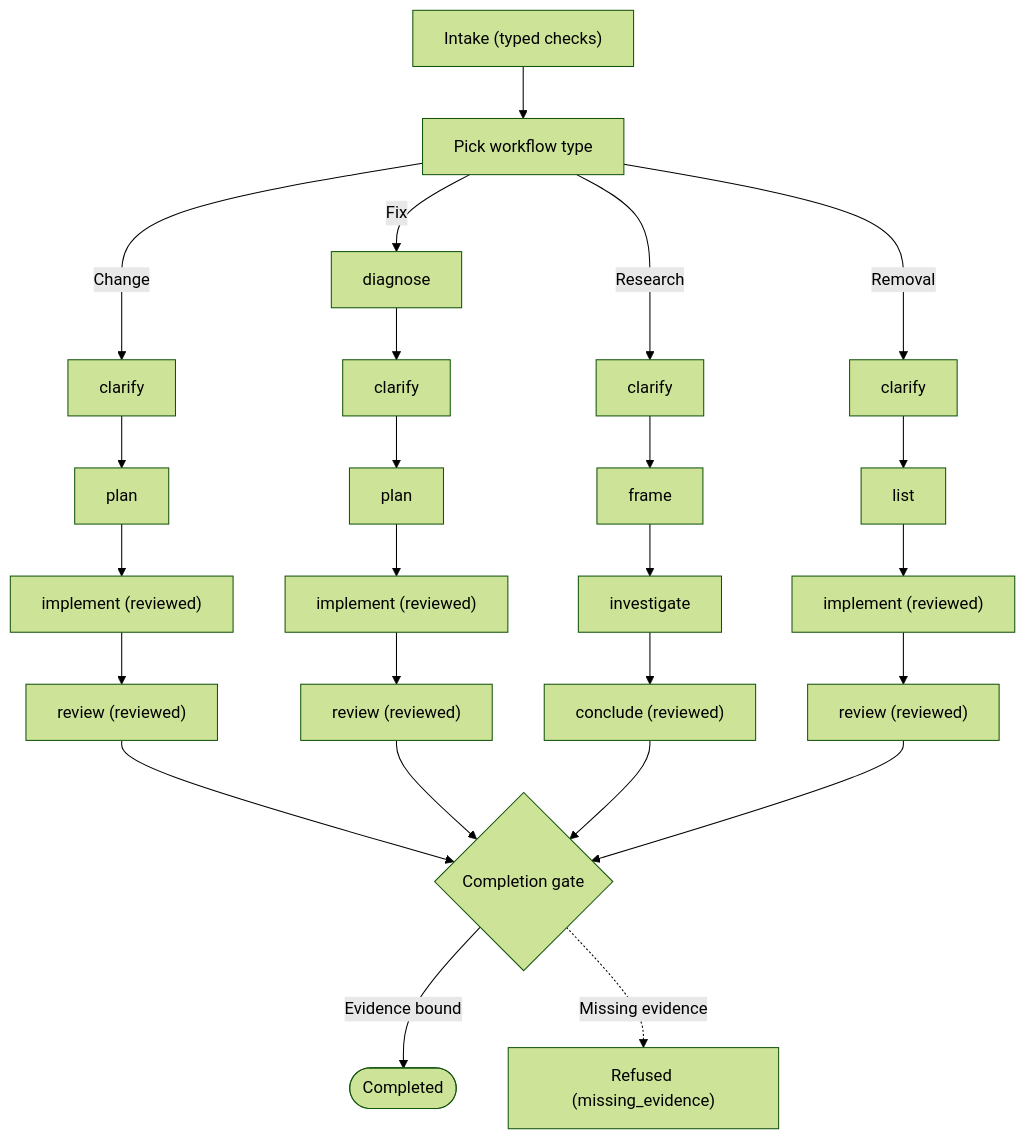
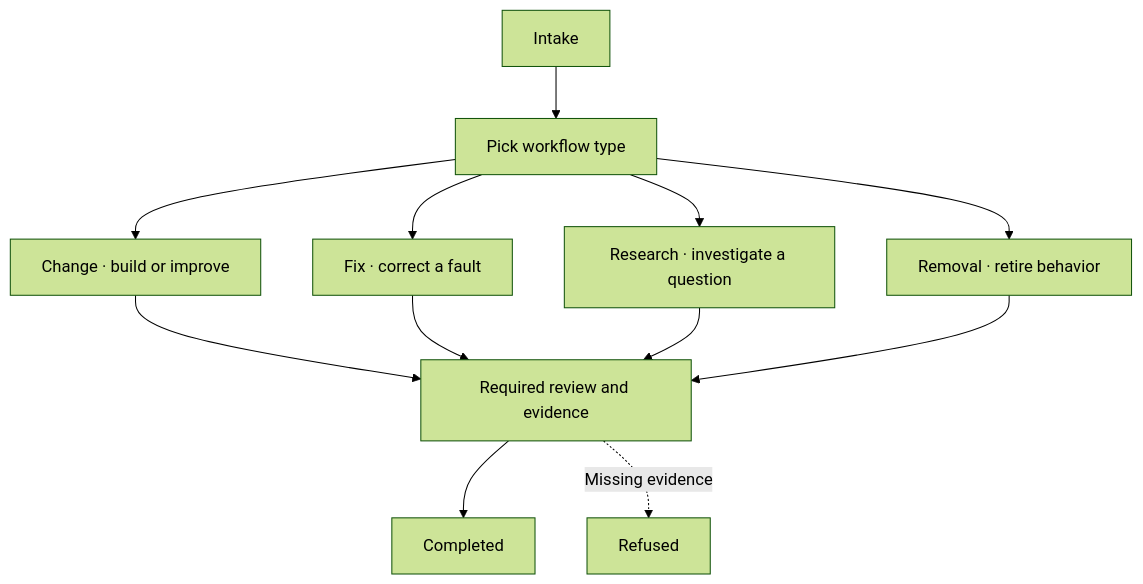
Before and after one commit to Sharper-Flow/concord: the first of 2 diagrams in README.md, drawn with Mermaid (forest theme). The commit also changed other lines of this file, not shown here.

````diff
--- a/README.md
+++ b/README.md
@@ -43,10 +41,14 @@
 ```mermaid
 flowchart TD
-    Intake["Intake (typed checks)"] --> Pick["Pick workflow type"]
-    Pick -->|Change| C1["clarify"] --> C2["plan"] --> C3["implement (reviewed)"] --> C4["review (reviewed)"] --> Gate{"Completion gate"}
-    Pick -->|Fix| F1["diagnose"] --> F2["clarify"] --> F3["plan"] --> F4["implement (reviewed)"] --> F5["review (reviewed)"] --> Gate
-    Pick -->|Research| R1["clarify"] --> R2["frame"] --> R3["investigate"] --> R4["conclude (reviewed)"] --> Gate
-    Pick -->|Removal| M1["clarify"] --> M2["list"] --> M3["implement (reviewed)"] --> M4["review (reviewed)"] --> Gate
-    Gate -->|Evidence bound| Done(["Completed"])
-    Gate -.->|Missing evidence| Refused["Refused (missing_evidence)"]
+    Intake["Intake"] --> Pick["Pick workflow type"]
+    Pick --> Change["Change · build or improve"]
+    Pick --> Fix["Fix · correct a fault"]
+    Pick --> Research["Research · investigate a question"]
+    Pick --> Removal["Removal · retire behavior"]
+    Change --> Gate["Required review and evidence"]
+    Fix --> Gate
+    Research --> Gate
+    Removal --> Gate
+    Gate --> Done["Completed"]
+    Gate -. "Missing evidence" .-> Refused["Refused"]
 ```
````
